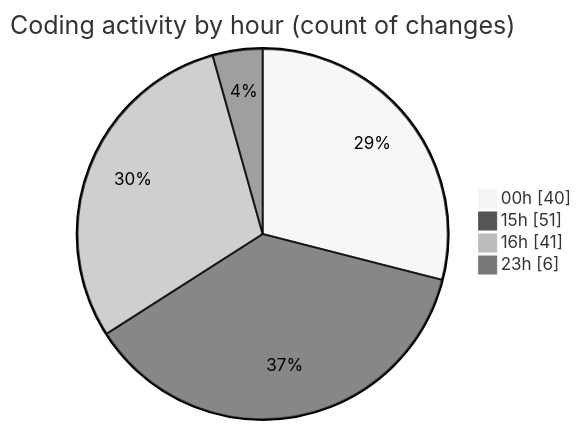
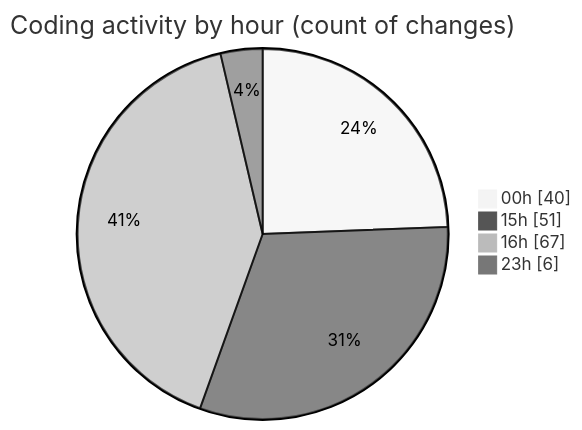
The second of 2 diagrams in 2025-05-03/date/README.md (Netris89/code-tracking), drawn with Mermaid (neutral theme) before and after one commit. The commit also changed other lines of this file and 1 other file, not shown here.

````diff
--- a/2025-05-03/date/README.md
+++ b/2025-05-03/date/README.md
@@ -39,8 +39,8 @@
 ```mermaid
 pie showData
 title Coding activity by hour (count of changes)
 "00h" : 40
 "15h" : 51
-"16h" : 41
+"16h" : 67
 "23h" : 6
 ```
````
